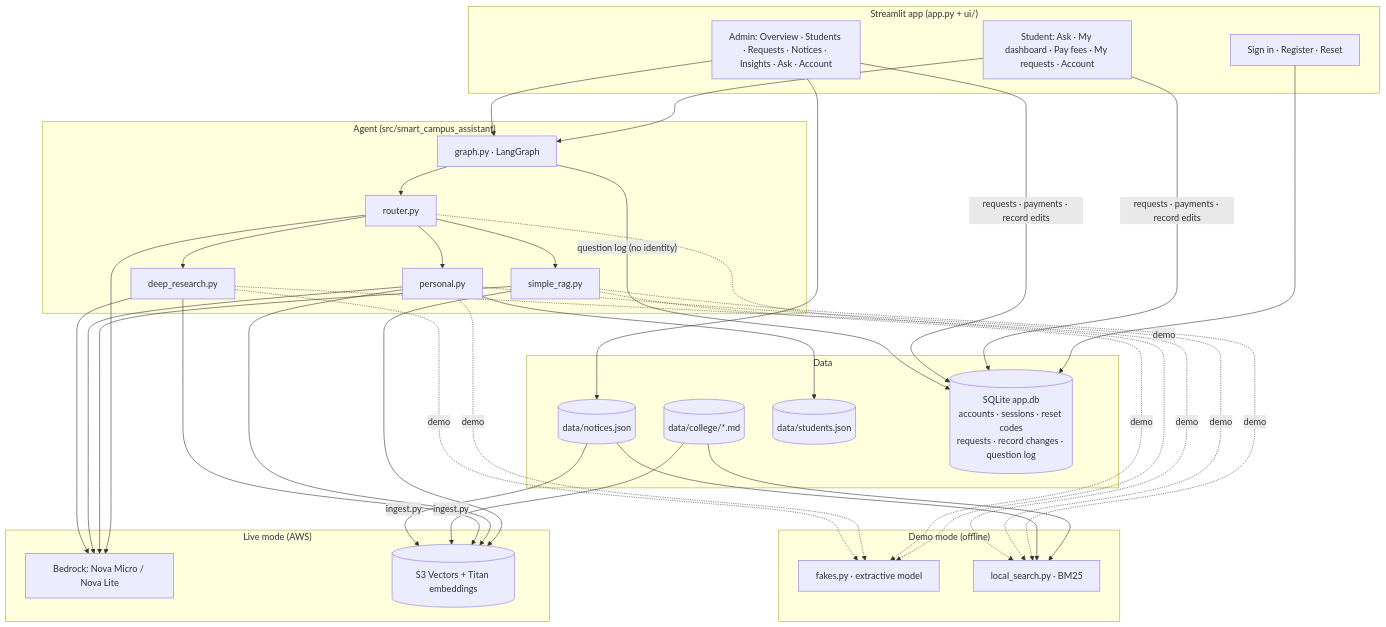
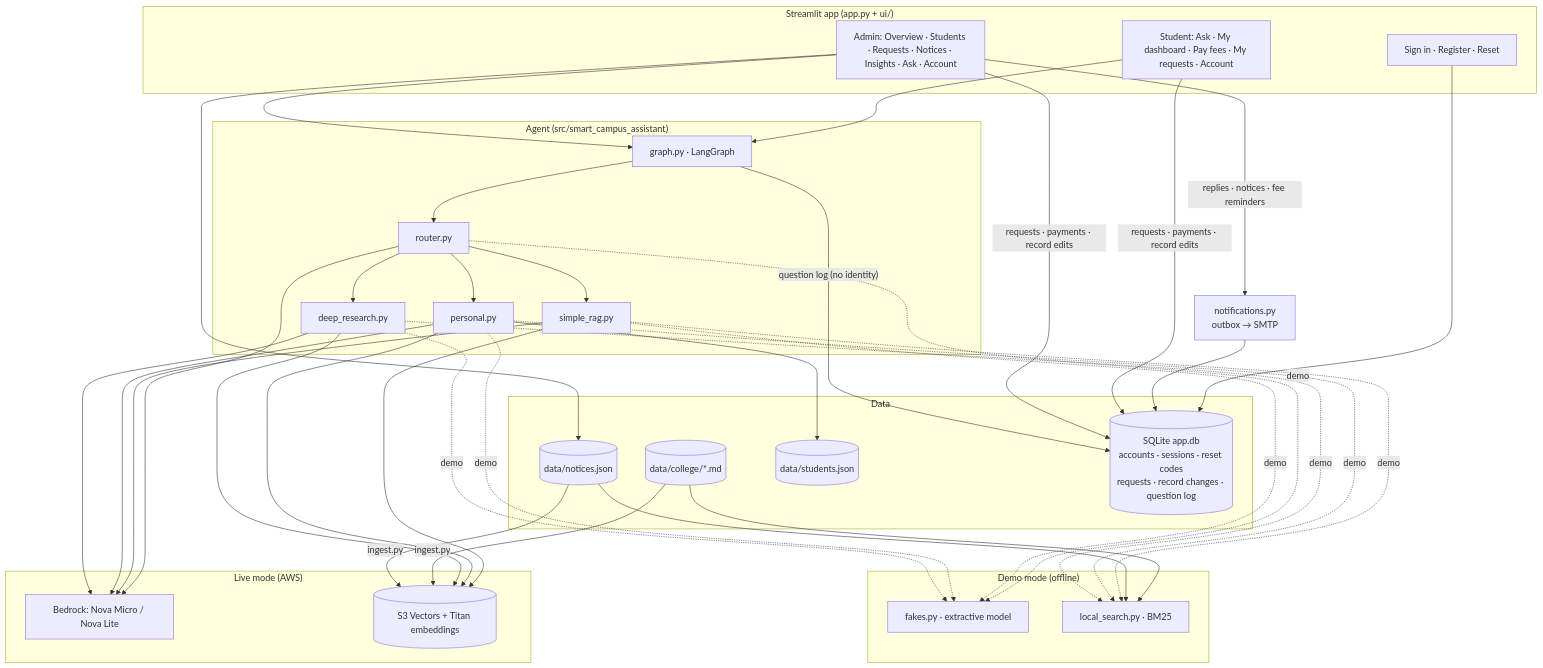
Before and after one commit to musaddiq-vd/smart-campus-assistant: the first of 2 diagrams in README.md, drawn with Mermaid. The commit also changed other lines of this file and 22 other files, not shown here.

First line of the commit message:
Understand follow-up questions and email students about replies, notices and fees

````diff
--- a/README.md
+++ b/README.md
@@ -107,47 +108,49 @@
 ```mermaid
 flowchart TB
     subgraph UI ["Streamlit app (app.py + ui/)"]
         LG["Sign in · Register · Reset"]
         ST["Student: Ask · My dashboard · Pay fees · My requests · Account"]
         AD["Admin: Overview · Students · Requests · Notices · Insights · Ask · Account"]
     end
 
     subgraph CORE ["Agent (src/smart_campus_assistant)"]
         G["graph.py · LangGraph"]
         R["router.py"]
         S["simple_rag.py"]
         P["personal.py"]
         D["deep_research.py"]
         G --> R --> S & P & D
     end
 
     subgraph DATA ["Data"]
         DOCS[("data/college/*.md")]
         NOT[("data/notices.json")]
         STU[("data/students.json")]
         DB[("SQLite app.db<br/>accounts · sessions · reset codes<br/>requests · record changes · question log")]
     end
 
     subgraph LIVE ["Live mode (AWS)"]
         BR["Bedrock: Nova Micro / Nova Lite"]
         VEC[("S3 Vectors + Titan embeddings")]
     end
 
     subgraph DEMO ["Demo mode (offline)"]
         FK["fakes.py · extractive model"]
         LS["local_search.py · BM25"]
     end
 
     LG --> DB
+    AD -- "replies · notices · fee reminders" --> OUT["notifications.py<br/>outbox → SMTP"]
+    OUT --> DB
     ST & AD --> G
     ST & AD -- "requests · payments · record edits" --> DB
     G -- "question log (no identity)" --> DB
     AD --> NOT
     P --> STU
     S & P & D --> VEC
     R & S & P & D --> BR
     DOCS & NOT -- ingest.py --> VEC
     DOCS & NOT --> LS
     S & P & D -. demo .-> LS
     R & S & P & D -. demo .-> FK
 ```
````
